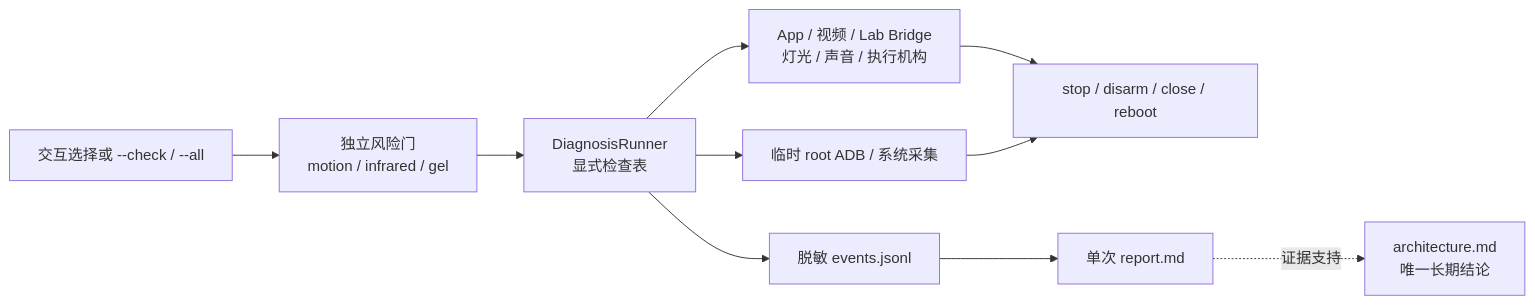
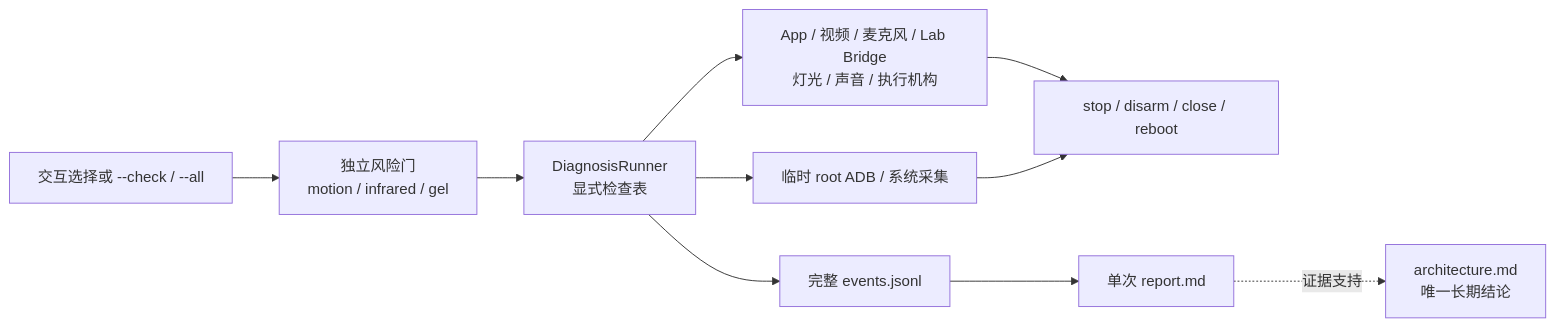
One commit to elonzh/hanppie changed the seventh of 8 diagrams in docs/architecture.md. Above: the diagram before and after it, drawn with Mermaid. The commit also changed other lines of this file and 17 other files, not shown here.

````diff
--- a/docs/architecture.md
+++ b/docs/architecture.md
@@ -593,20 +595,20 @@
 ```mermaid
 flowchart LR
     SELECT["交互选择或 --check / --all"]
     GATES["独立风险门<br/>motion / infrared / gel"]
     RUNNER["DiagnosisRunner<br/>显式检查表"]
-    APP["App / 视频 / Lab Bridge<br/>灯光 / 声音 / 执行机构"]
+    APP["App / 视频 / 麦克风 / Lab Bridge<br/>灯光 / 声音 / 执行机构"]
     ROOT["临时 root ADB / 系统采集"]
     CLEAN["stop / disarm / close / reboot"]
-    EVENTS["脱敏 events.jsonl"]
+    EVENTS["完整 events.jsonl"]
     REPORT["单次 report.md"]
     ARCH["architecture.md<br/>唯一长期结论"]
 
     SELECT --> GATES --> RUNNER
     RUNNER --> APP
     RUNNER --> ROOT
     APP --> CLEAN
     ROOT --> CLEAN
     RUNNER --> EVENTS --> REPORT
     REPORT -. 证据支持 .-> ARCH
 ```
````
